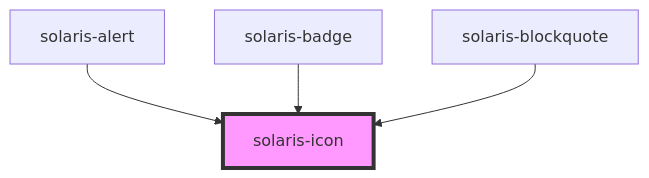
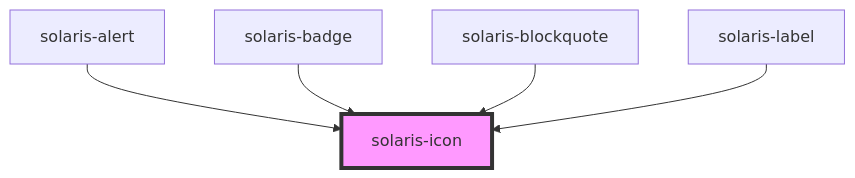
The diagram in packages/solaris-core/src/components/solaris-icon/readme.md (Lynxgsm/solaris-design-system), drawn with Mermaid before and after one commit. The commit also changed other lines of this file and 31 other files, not shown here.

````diff
--- a/packages/solaris-core/src/components/solaris-icon/readme.md
+++ b/packages/solaris-core/src/components/solaris-icon/readme.md
@@ -26,7 +27,8 @@
 ```mermaid
 graph TD;
   solaris-alert --> solaris-icon
   solaris-badge --> solaris-icon
   solaris-blockquote --> solaris-icon
+  solaris-label --> solaris-icon
   style solaris-icon fill:#f9f,stroke:#333,stroke-width:4px
 ```
````
